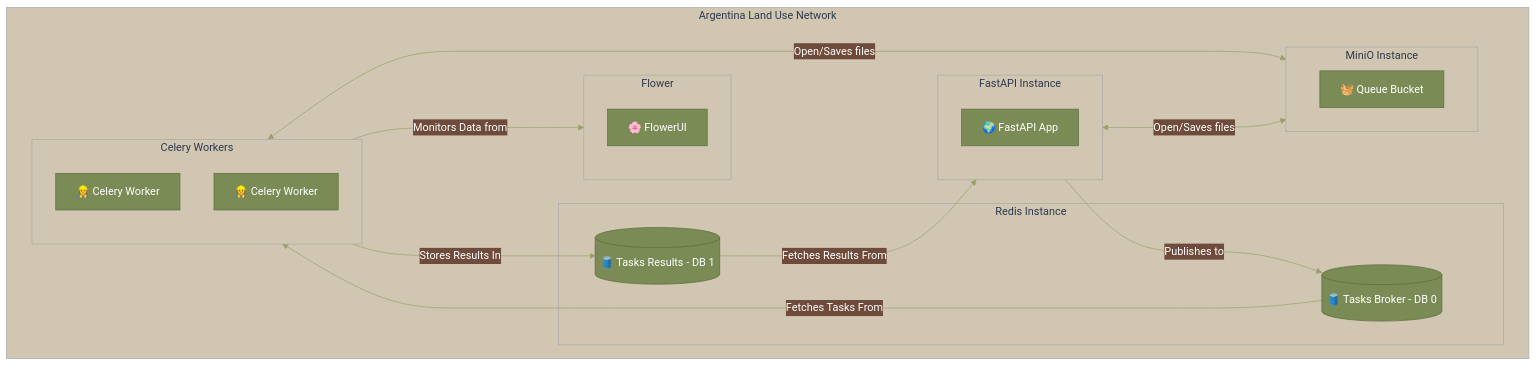
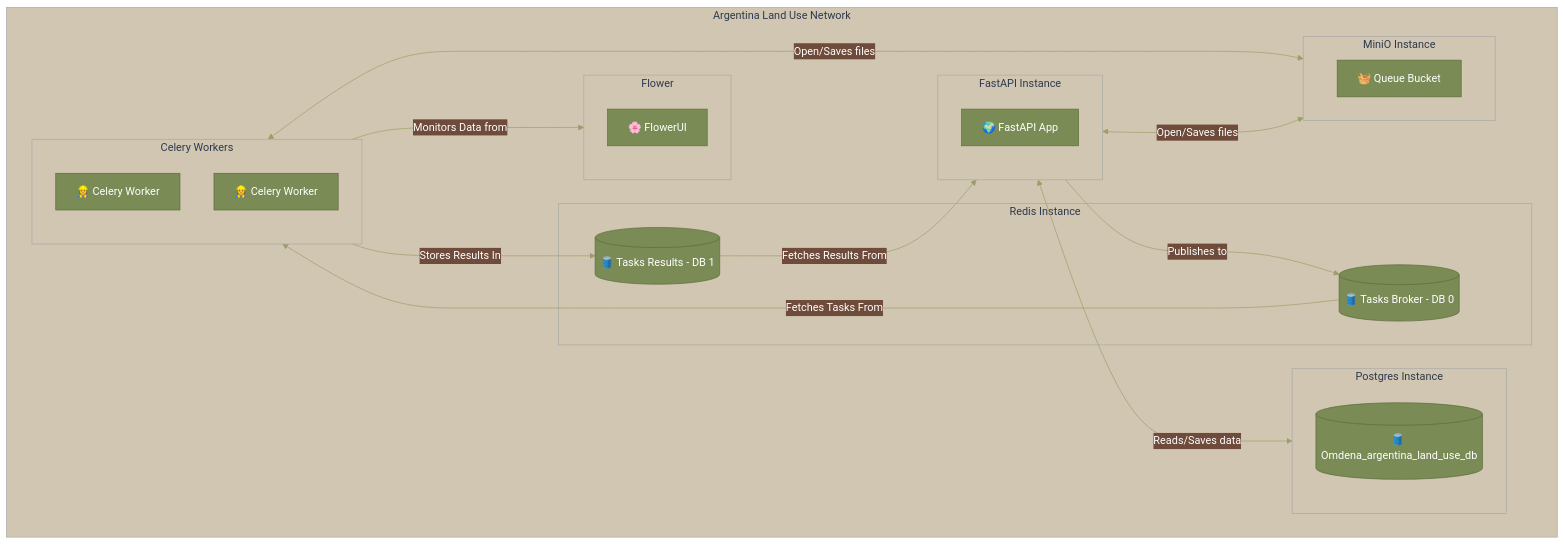
The diagram in virtual-machine/README.md (OmdenaAI/CordobaArgentinaChapter_MonitoringLandUseTransformation), drawn with Mermaid before and after one commit. The commit also changed other lines of this file, not shown here.

````diff
--- a/virtual-machine/README.md
+++ b/virtual-machine/README.md
@@ -5,57 +5,63 @@
 ```mermaid
 %%{
   init: {
     'theme': 'base',
     'themeVariables': {
       'primaryColor': '#7A8B56',
       'primaryTextColor': '#FFFFFF',
       'primaryBorderColor': '#5C6B3B',
       'lineColor': '#9A9F68',
       'secondaryColor': '#6E4B3A',
       'tertiaryColor': '#D1C6B1'
     }
   }
 }%%
 
 graph TB;
 
     subgraph Network[Argentina Land Use Network]
+        Postgres
         Redis
         CeleryWorkers
         Flower
         FastAPI
         MiniO
     end
     
     subgraph CeleryWorkers[Celery Workers]
         Worker1["👷 Celery Worker"]
         WorkerN["👷 Celery Worker"]
     end
 
     subgraph Flower[Flower]
       FlowerUI["🌸 FlowerUI"]
     end
 
     subgraph Redis[Redis Instance]
         RedisBroker@{ shape: cyl, label: "🛢️ Tasks Broker - DB 0" }
         RedisBackend@{ shape: cyl, label: "🛢️ Tasks Results - DB 1" }
     end
 
+    subgraph Postgres[Postgres Instance]
+        PostgresDB@{ shape: cyl, label: "🛢️ Omdena_argentina_land_use_db" }
+    end
+    
     subgraph FastAPI[FastAPI Instance]
         API["🌍 FastAPI App"]
     end
 
     subgraph MiniO[MiniO Instance]
       QueueBucket["🧺 Queue Bucket"]
     end
 
     CeleryWorkers --->|Stores Results In| RedisBackend
     CeleryWorkers --->|Monitors Data from| Flower
     RedisBackend --->|Fetches Results From | FastAPI
     CeleryWorkers <--->|Open/Saves files| MiniO
+    FastAPI <--->|Reads/Saves data| Postgres
     FastAPI <--->|Open/Saves files| MiniO
     FastAPI --->|Publishes to| RedisBroker 
     RedisBroker --->|Fetches Tasks From| CeleryWorkers  
 
 
 ```
````
